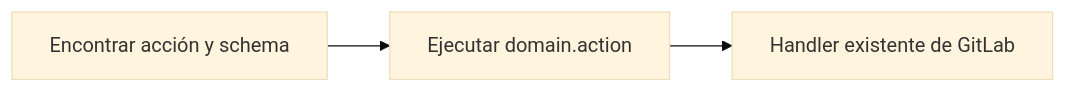
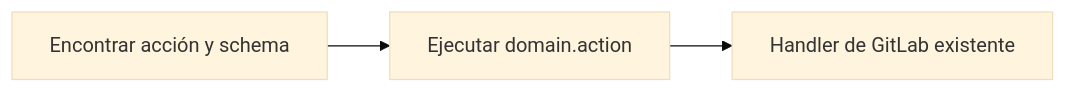
Before and after one commit to jmrplens/gitlab-mcp-server: the diagram in site/src/content/docs/es/tools/overview.mdx, drawn with Mermaid (base theme). The commit also changed other lines of this file and 278 other files, not shown here.

````diff
--- a/site/src/content/docs/es/tools/overview.mdx
+++ b/site/src/content/docs/es/tools/overview.mdx
@@ -37,5 +98,5 @@
 ```mermaid
 flowchart LR
 	A[Encontrar acción y schema] --> B[Ejecutar domain.action]
-	B --> C[Handler existente de GitLab]
+	B --> C[Handler de GitLab existente]
 ```
````
